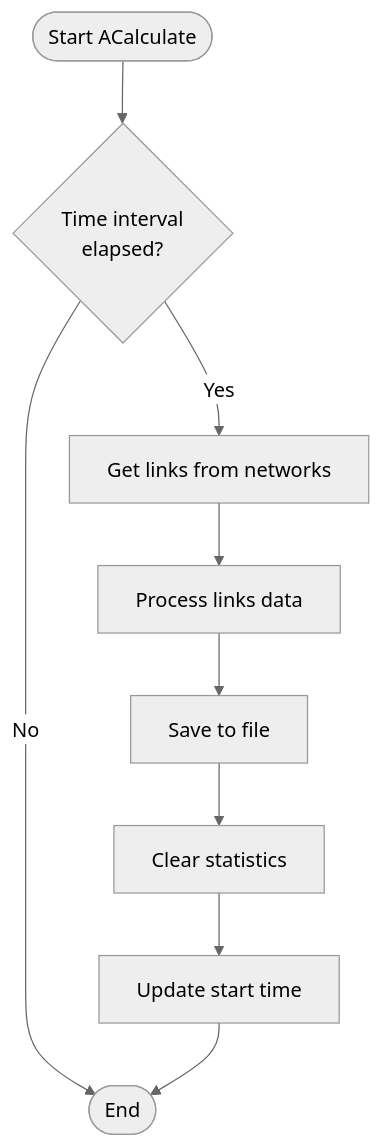
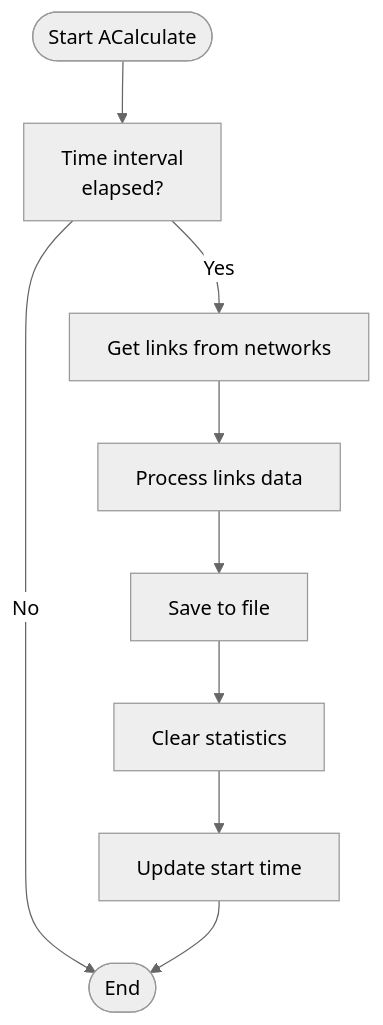
Before and after one commit to aicommunity/Nmsdk-MotionControlLib: the ninth of 9 diagrams in Docs/Components/NNetworkLinksStatistic.md, drawn with Mermaid (neutral theme). The commit also changed other lines of this file and 39 other files, not shown here.

First line of the commit message:
docs(motion): normalize mermaid node ids with quoted labels

````diff
--- a/Docs/Components/NNetworkLinksStatistic.md
+++ b/Docs/Components/NNetworkLinksStatistic.md
@@ -394,11 +394,11 @@
 ```mermaid
 flowchart TD
-    Start([Start ACalculate]) --> CheckInterval{Time interval<br/>elapsed?}
+    Start([Start ACalculate]) --> CheckInterval["Time interval<br/>elapsed?"]
     CheckInterval -->|No| End([End])
     CheckInterval -->|Yes| GetLinks[Get links from networks]
     GetLinks --> ProcessLinks[Process links data]
     ProcessLinks --> SaveFile[Save to file]
     SaveFile --> ClearStats[Clear statistics]
     ClearStats --> UpdateTime[Update start time]
     UpdateTime --> End
 ```
````
